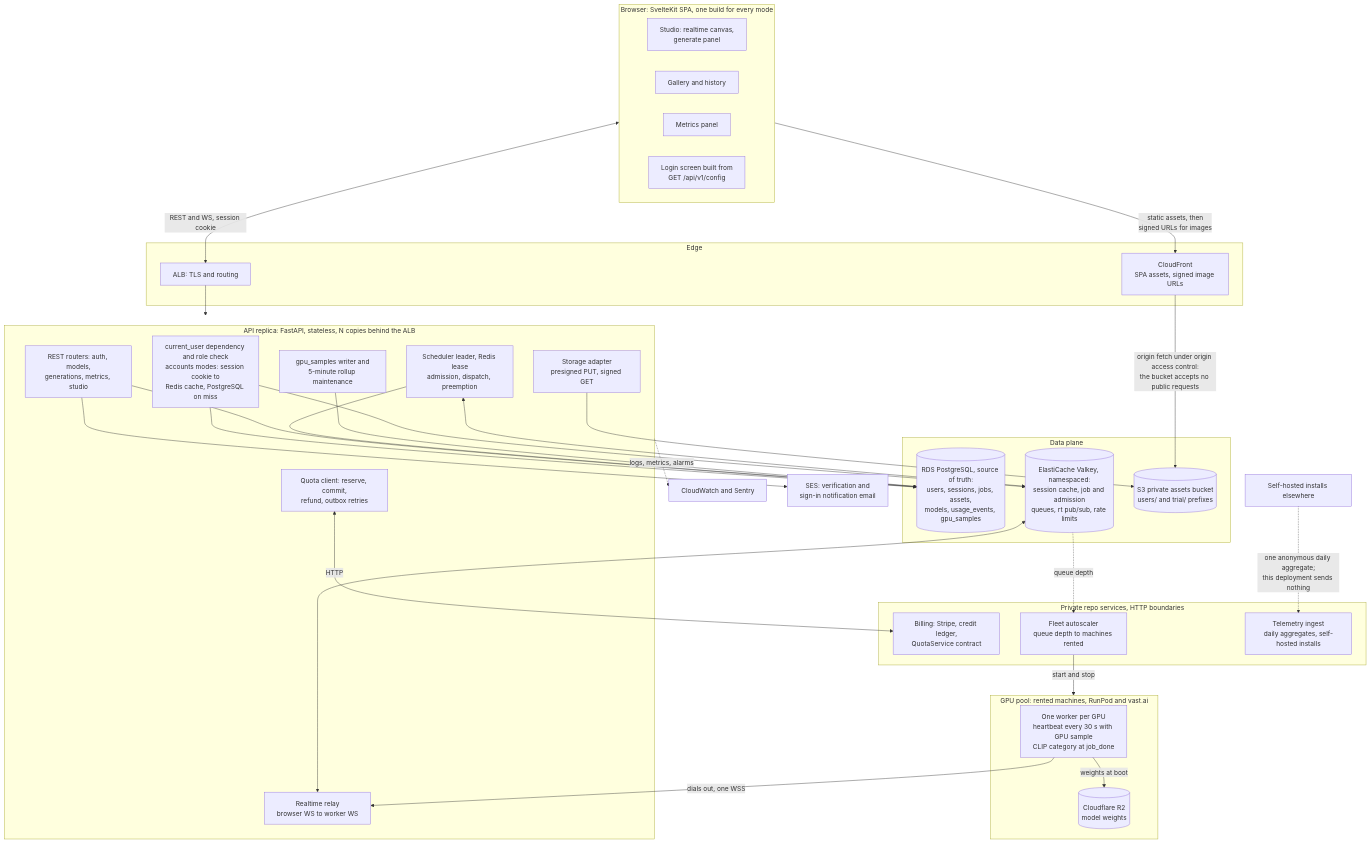
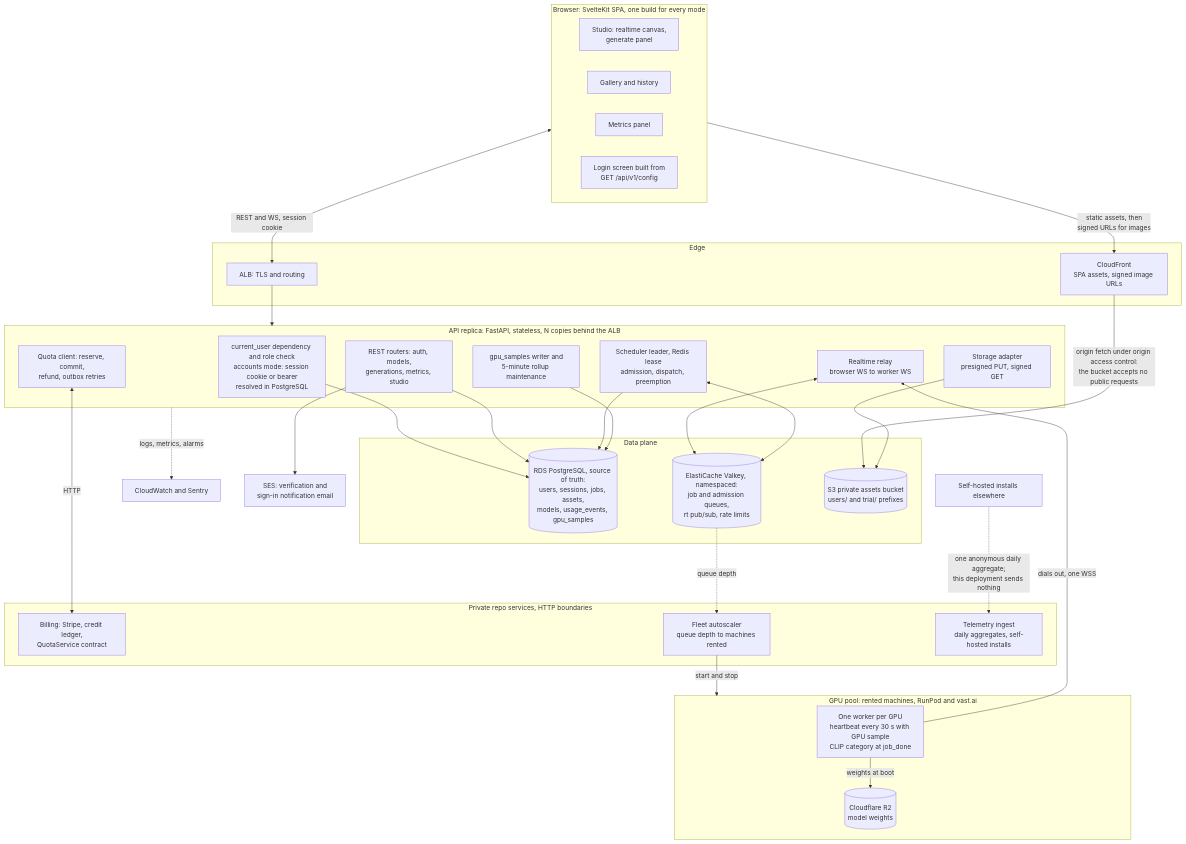
Before and after one commit to Portocolom-Studio/potocolom: the third of 16 diagrams in docs/architecture.md, drawn with Mermaid. The commit also changed other lines of this file and 5 other files, not shown here.

````diff
--- a/docs/architecture.md
+++ b/docs/architecture.md
@@ -157,59 +157,58 @@
 ```mermaid
 flowchart TB
     subgraph SPA["Browser: SvelteKit SPA, one build for every mode"]
         UI["Studio: realtime canvas,<br>generate panel"]
         GAL["Gallery and history"]
         MET["Metrics panel"]
         CFG["Login screen built from<br>GET /api/v1/config"]
     end
     subgraph EDGE["Edge"]
         CF["CloudFront<br>SPA assets, signed image URLs"]
         ALB["ALB: TLS and routing"]
     end
     subgraph API["API replica: FastAPI, stateless, N copies behind the ALB"]
-        AUTH["current_user dependency and role check<br>accounts modes: session cookie to<br>Redis cache, PostgreSQL on miss"]
+        AUTH["current_user dependency and role check<br>accounts mode: session cookie or bearer<br>resolved in PostgreSQL"]
         REST["REST routers: auth, models,<br>generations, metrics, studio"]
         RELAY["Realtime relay<br>browser WS to worker WS"]
         SCHED["Scheduler leader, Redis lease<br>admission, dispatch, preemption"]
         SAMP["gpu_samples writer and<br>5-minute rollup maintenance"]
         STOR["Storage adapter<br>presigned PUT, signed GET"]
         QC["Quota client: reserve, commit,<br>refund, outbox retries"]
     end
     subgraph DATA["Data plane"]
         PG[("RDS PostgreSQL, source of truth:<br>users, sessions, jobs, assets,<br>models, usage_events, gpu_samples")]
-        RED[("ElastiCache Valkey, namespaced:<br>session cache, job and admission<br>queues, rt pub/sub, rate limits")]
+        RED[("ElastiCache Valkey, namespaced:<br>job and admission queues,<br>rt pub/sub, rate limits")]
         S3[("S3 private assets bucket<br>users/ and trial/ prefixes")]
     end
     subgraph POOL["GPU pool: rented machines, RunPod and vast.ai"]
         W["One worker per GPU<br>heartbeat every 30 s with GPU sample<br>CLIP category at job_done"]
         R2[("Cloudflare R2<br>model weights")]
     end
     subgraph PRIV["Private repo services, HTTP boundaries"]
         BILL["Billing: Stripe, credit ledger,<br>QuotaService contract"]
         FLEET["Fleet autoscaler<br>queue depth to machines rented"]
         TEL["Telemetry ingest<br>daily aggregates, self-hosted installs"]
     end
     OBS["CloudWatch and Sentry"]
     SES["SES: verification and<br>sign-in notification email"]
 
     SPA -->|"static assets, then<br>signed URLs for images"| CF
     CF -->|"origin fetch under origin access control:<br>the bucket accepts no public requests"| S3
     SPA <-->|"REST and WS, session cookie"| ALB
     ALB --> API
-    AUTH --> RED
     AUTH --> PG
     REST --> PG
     REST --> SES
     RELAY <--> RED
     SCHED <--> RED
     SCHED --> PG
     SAMP --> PG
     STOR --> S3
     QC <-->|"HTTP"| BILL
     W -->|"dials out, one WSS"| RELAY
     W -->|"weights at boot"| R2
     RED -.->|"queue depth"| FLEET
     FLEET -->|"start and stop"| POOL
     API -.->|"logs, metrics, alarms"| OBS
     INST["Self-hosted installs elsewhere"] -.->|"one anonymous daily aggregate;<br>this deployment sends nothing"| TEL
 ```
````
